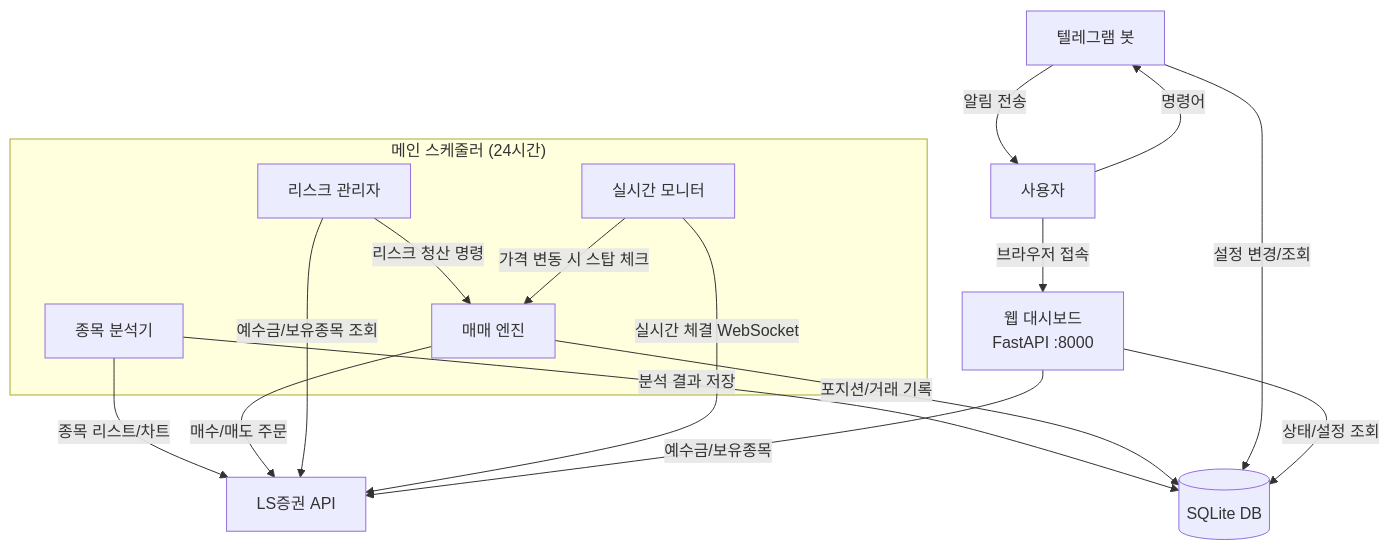
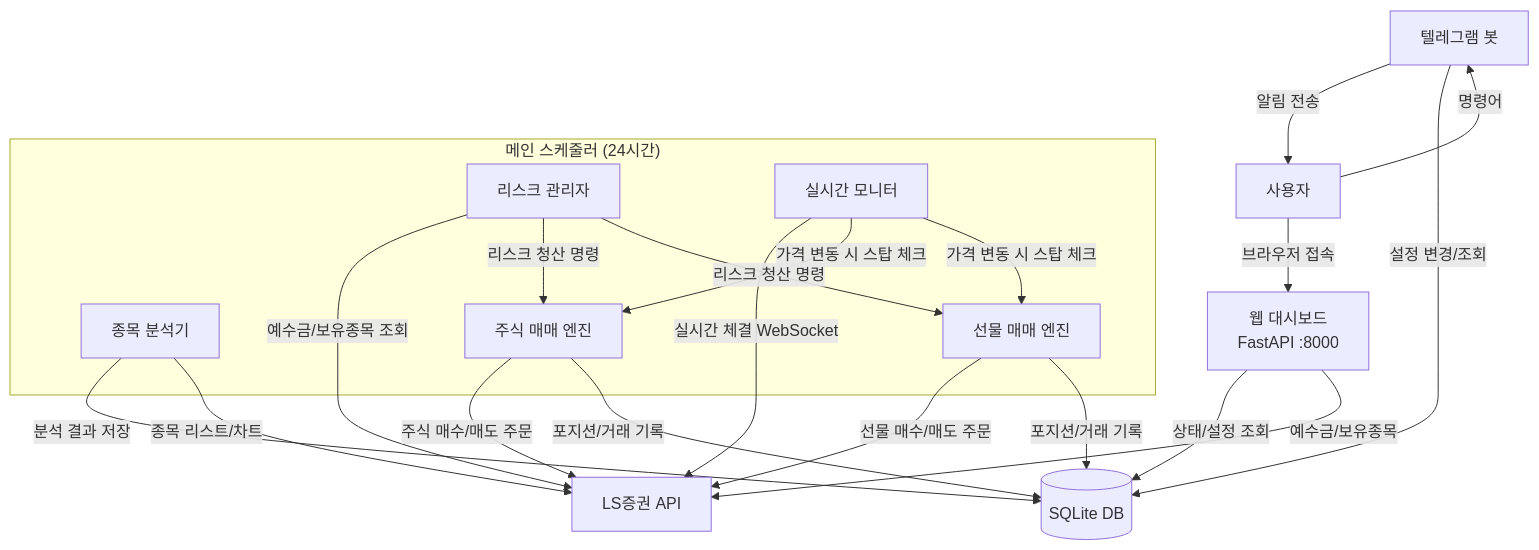
The first of 3 diagrams in README.md (programgarden/offline_class_20250405), drawn with Mermaid before and after one commit. The commit also changed other lines of this file and 1 other file, not shown here.

````diff
--- a/README.md
+++ b/README.md
@@ -11,29 +13,34 @@
 ```mermaid
 graph TB
     subgraph 스케줄러["메인 스케줄러 (24시간)"]
         AN[종목 분석기]
-        TE[매매 엔진]
+        TE[주식 매매 엔진]
+        FE[선물 매매 엔진]
         RM[리스크 관리자]
         RT[실시간 모니터]
     end
 
     WEB[웹 대시보드<br/>FastAPI :8000]
     TG[텔레그램 봇]
     DB[(SQLite DB)]
     LS[LS증권 API]
 
     AN -->|분석 결과 저장| DB
     AN -->|종목 리스트/차트| LS
-    TE -->|매수/매도 주문| LS
+    TE -->|주식 매수/매도 주문| LS
     TE -->|포지션/거래 기록| DB
+    FE -->|선물 매수/매도 주문| LS
+    FE -->|포지션/거래 기록| DB
     RM -->|예수금/보유종목 조회| LS
     RM -->|리스크 청산 명령| TE
+    RM -->|리스크 청산 명령| FE
     RT -->|실시간 체결 WebSocket| LS
     RT -->|가격 변동 시 스탑 체크| TE
+    RT -->|가격 변동 시 스탑 체크| FE
     TG -->|알림 전송| 사용자
     사용자 -->|명령어| TG
     TG -->|설정 변경/조회| DB
     WEB -->|상태/설정 조회| DB
     WEB -->|예수금/보유종목| LS
     사용자 -->|브라우저 접속| WEB
 ```
````
